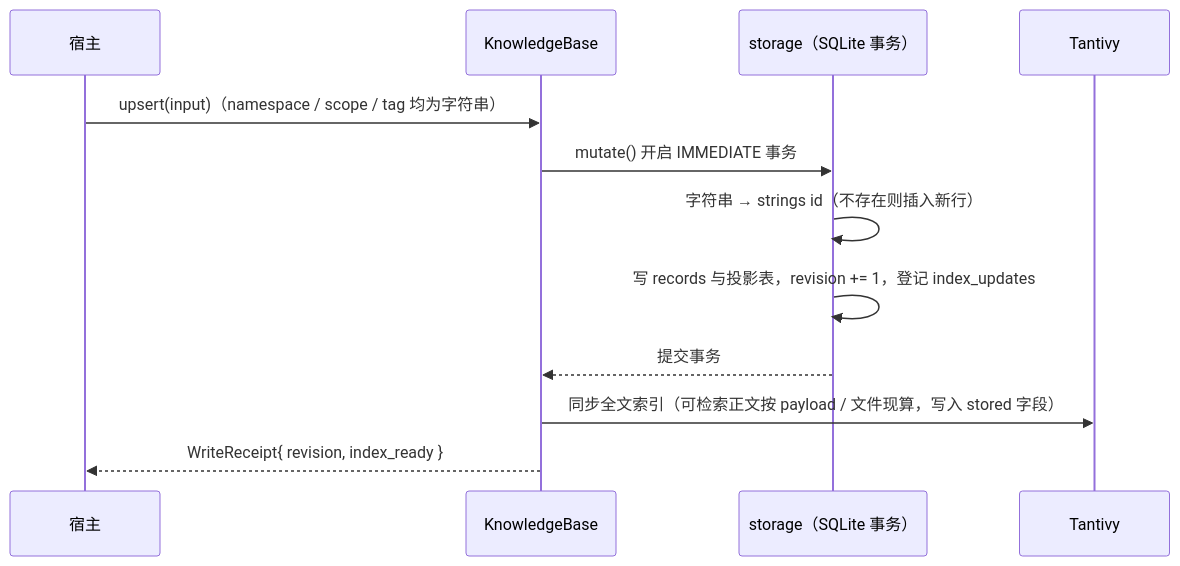
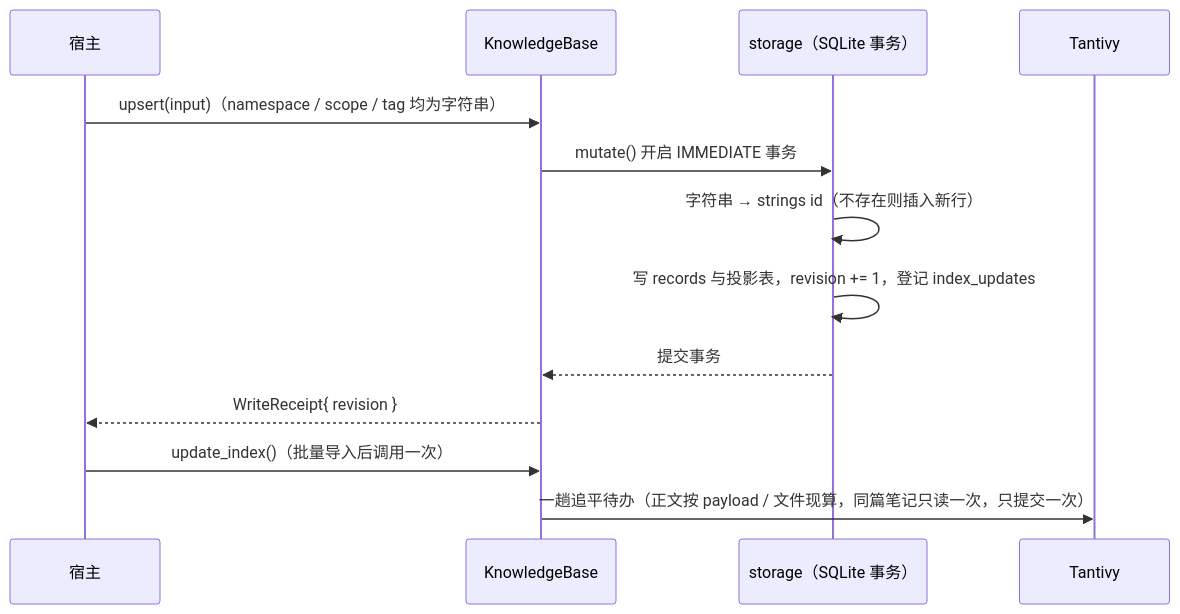
One commit to kawayiYokami/p-memory changed the fourth of 4 diagrams in docs/architecture.md. Above: the diagram before and after it, drawn with Mermaid. The commit also changed other lines of this file and 16 other files, not shown here.

````diff
--- a/docs/architecture.md
+++ b/docs/architecture.md
@@ -183,15 +183,16 @@
 ```mermaid
 sequenceDiagram
     participant H as 宿主
     participant K as KnowledgeBase
     participant S as storage（SQLite 事务）
     participant I as Tantivy
 
     H->>K: upsert(input)（namespace / scope / tag 均为字符串）
     K->>S: mutate() 开启 IMMEDIATE 事务
     S->>S: 字符串 → strings id（不存在则插入新行）
     S->>S: 写 records 与投影表，revision += 1，登记 index_updates
     S-->>K: 提交事务
-    K->>I: 同步全文索引（可检索正文按 payload / 文件现算，写入 stored 字段）
-    K-->>H: WriteReceipt{ revision, index_ready }
+    K-->>H: WriteReceipt{ revision }
+    H->>K: update_index()（批量导入后调用一次）
+    K->>I: 一趟追平待办（正文按 payload / 文件现算，同篇笔记只读一次，只提交一次）
 ```
````
